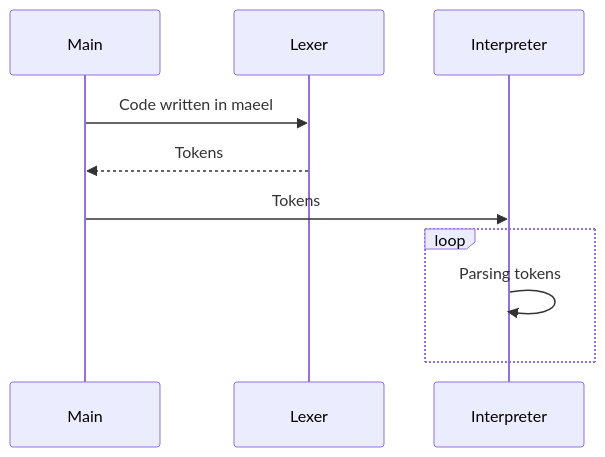
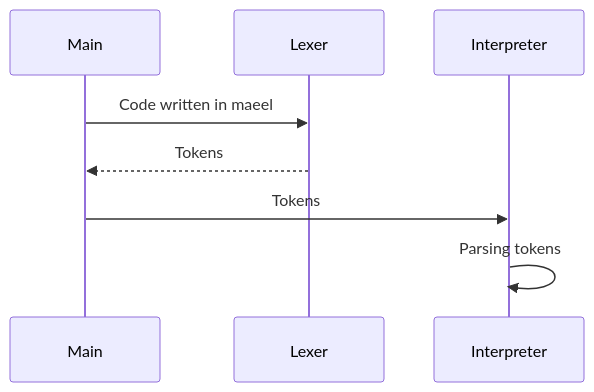
One commit to Traumatism/maeel changed the diagram in README.md. Above: the diagram before and after it, drawn with Mermaid.

````diff
--- a/README.md
+++ b/README.md
@@ -3,13 +3,11 @@
 ```mermaid
 sequenceDiagram
     participant Main
     participant Lexer
     participant Interpreter
 
     Main->>Lexer: Code written in maeel
     Lexer-->>Main: Tokens
     Main->>Interpreter: Tokens
-    loop
-        Interpreter->>Interpreter: Parsing tokens
-    end
+    Interpreter->>Interpreter: Parsing tokens
 ```
````
